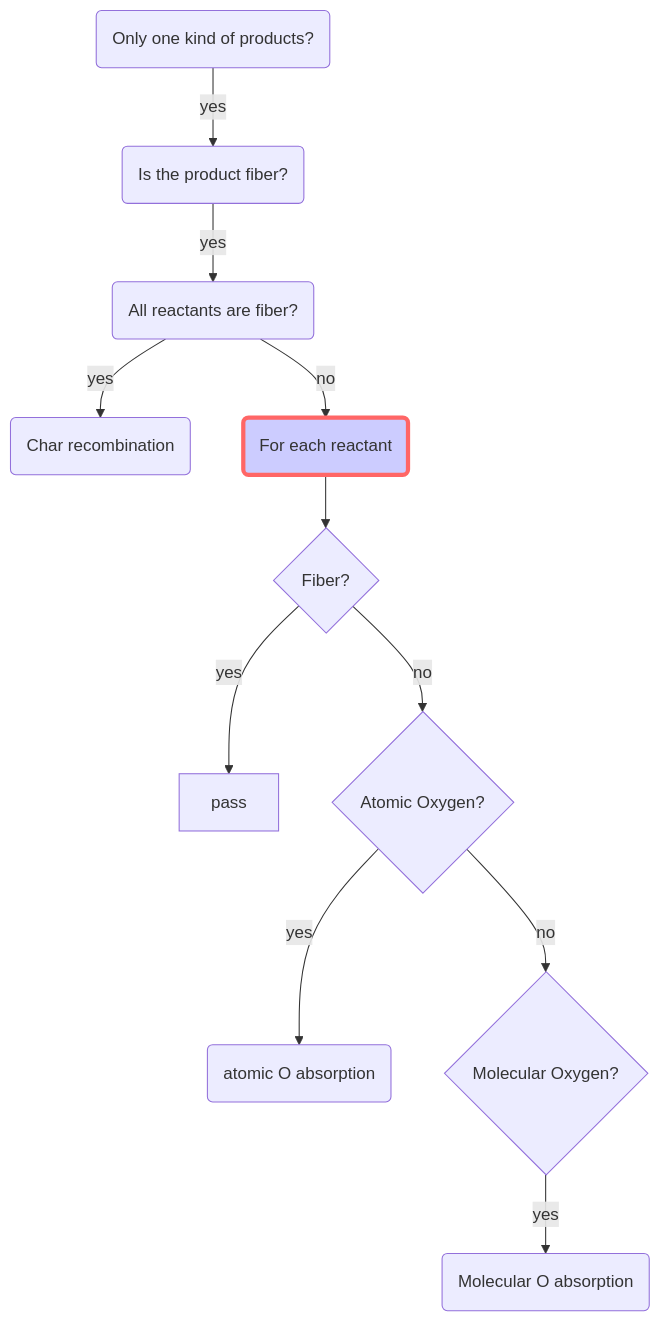
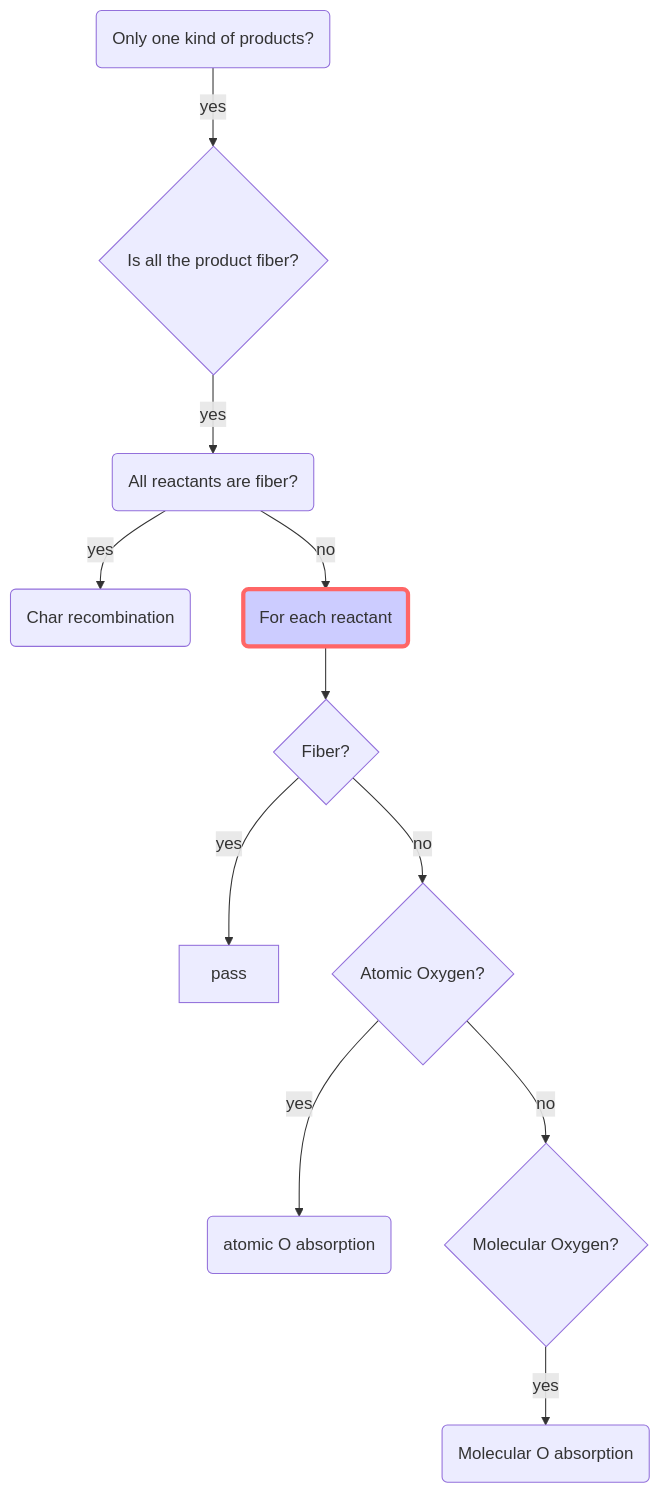
The diagram in content/en/post/ReactionFlowChart.md (MikeShi1993/WebSite), drawn with Mermaid before and after one commit. The commit also changed other lines of this file and 12 other files, not shown here.

````diff
--- a/content/en/post/ReactionFlowChart.md
+++ b/content/en/post/ReactionFlowChart.md
@@ -8,25 +8,25 @@
 ```mermaid
 graph TD;
 A(Only one kind of products?)
-B(Is the product fiber?)
+B{Is all the product fiber?}
 A-->|yes|B
 C(All reactants are fiber?)
 B-->|yes|C
 D(Char recombination)
 C-->|yes|D
 E(For each reactant)
 style E fill:#ccf,stroke:#f66,stroke-width:4px
 C-->|no|E
 F{Fiber?}
 E-->F
 G[pass]
 F-->|yes|G
 H{Atomic Oxygen?}
 F-->|no|H
 I(atomic O absorption)
 H-->|yes|I
 J{Molecular Oxygen?}
 H-->|no|J
 K(Molecular O absorption)
 J-->|yes|K
 ```
````
